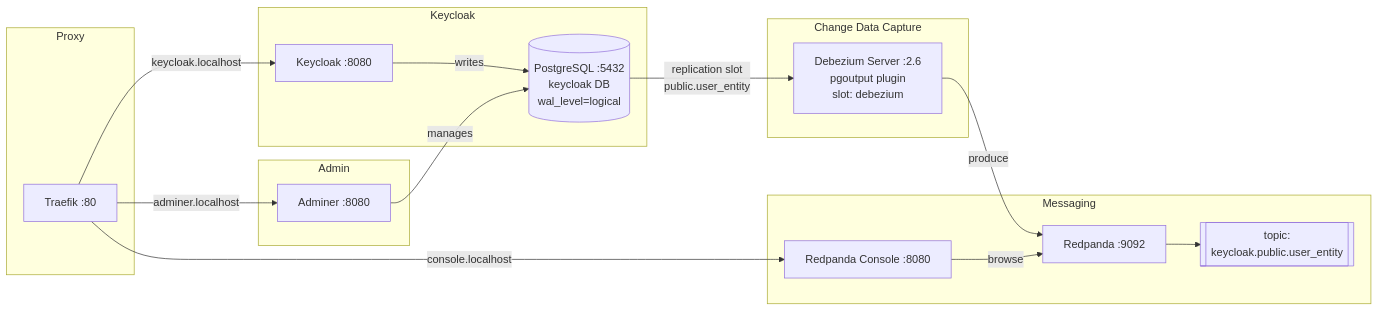
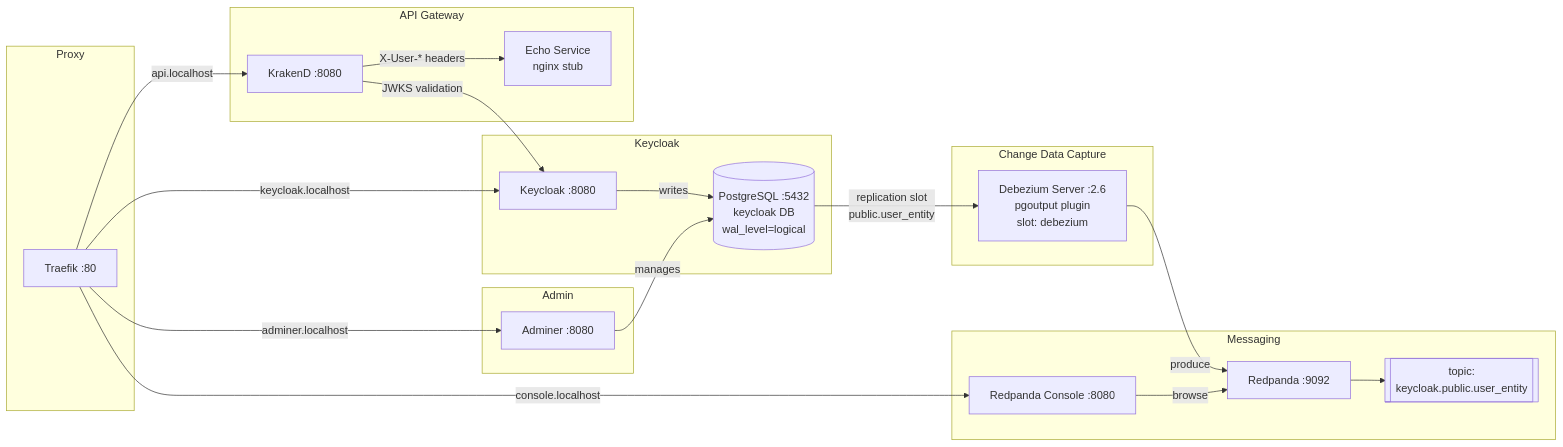
Before and after one commit to mmalessa/small-ecosystem: the diagram in README.md, drawn with Mermaid. The commit also changed other lines of this file and 3 other files, not shown here.

````diff
--- a/README.md
+++ b/README.md
@@ -9,35 +9,43 @@
 ```mermaid
 flowchart LR
     subgraph Proxy
         TR[Traefik :80]
     end
 
     subgraph Keycloak
         KC[Keycloak :8080]
         PG[(PostgreSQL :5432\nkeycloak DB\nwal_level=logical)]
         KC -- writes --> PG
     end
 
     subgraph Admin
         ADM[Adminer :8080]
         ADM -- manages --> PG
+    end
+
+    subgraph API["API Gateway"]
+        KD[KrakenD :8080]
+        ECHO[Echo Service\nnginx stub]
+        KD -- "X-User-* headers" --> ECHO
+        KD -- "JWKS validation" --> KC
     end
 
     subgraph CDC["Change Data Capture"]
         DBZ[Debezium Server :2.6\npgoutput plugin\nslot: debezium]
         PG -- replication slot\npublic.user_entity --> DBZ
     end
 
     subgraph Messaging
         RP[Redpanda :9092]
         TOPIC[[topic:\nkeycloak.public.user_entity]]
         CON[Redpanda Console :8080]
         DBZ -- produce --> RP
         RP --> TOPIC
         CON -- browse --> RP
     end
 
     TR -- keycloak.localhost --> KC
     TR -- console.localhost --> CON
     TR -- adminer.localhost --> ADM
+    TR -- api.localhost --> KD
 ```
````
